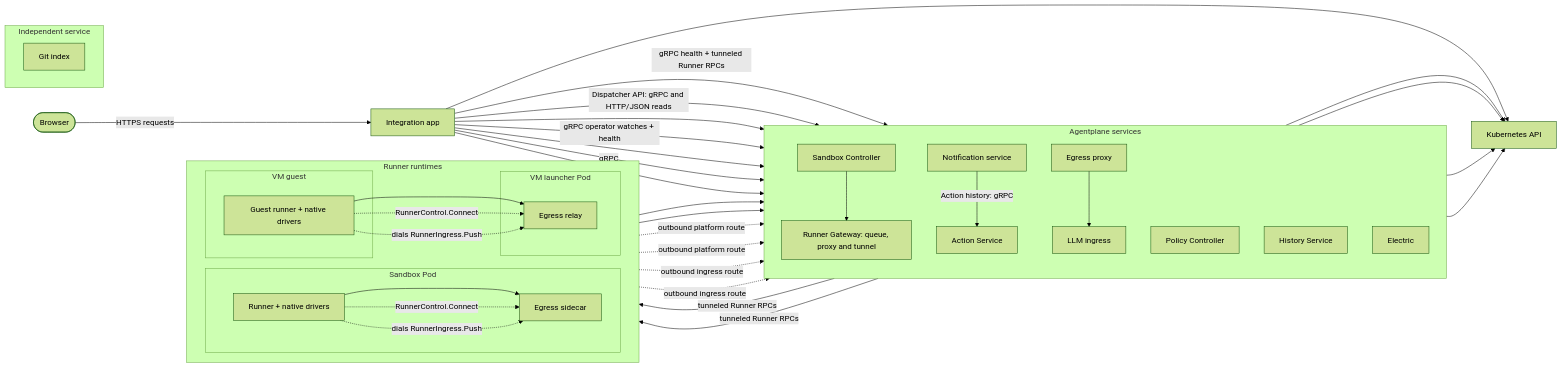
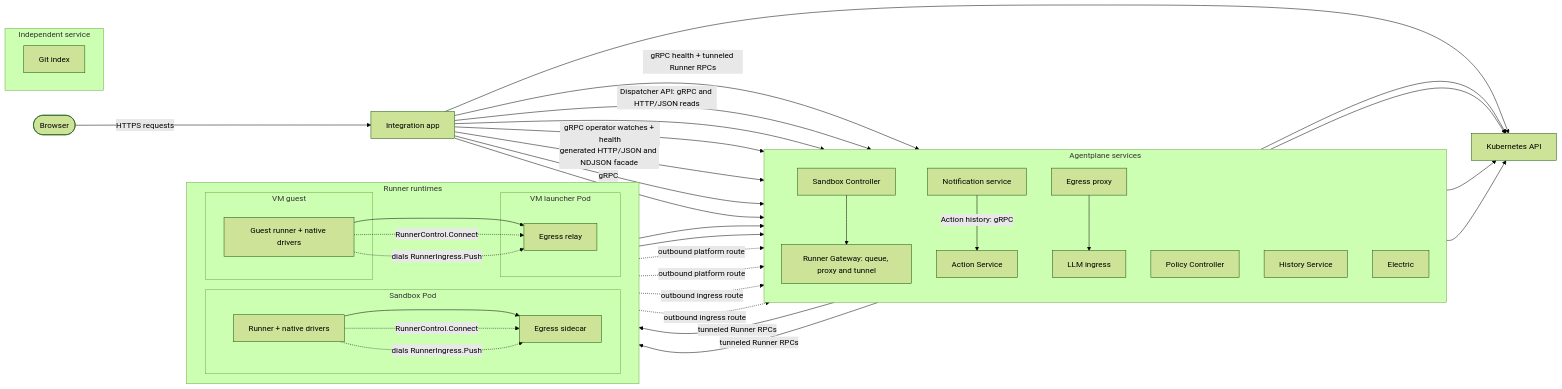
The diagram in agentplane/README.md (agentydragon-agent/ducktape), drawn with Mermaid (forest theme) before and after one commit. The commit also changed other lines of this file and 4 other files, not shown here.

````diff
--- a/agentplane/README.md
+++ b/agentplane/README.md
@@ -49,78 +49,78 @@
 ```mermaid
 flowchart LR
     browser([Browser])
     app[Integration app]
     subgraph services[Agentplane services]
         direction TB
         gw[Runner Gateway: queue, proxy and tunnel]
         sandboxctl[Sandbox Controller]
         policy[Policy Controller]
         hs[History Service]
         notif[Notification service]
         actions[Action Service]
         egress[Egress proxy]
         llm[LLM ingress]
         electric[Electric]
     end
     subgraph runtimes[Runner runtimes]
       direction LR
       subgraph sandbox[Sandbox Pod]
         runner[Runner + native drivers]
         sidecar[Egress sidecar]
       end
       subgraph vm_guest[VM guest]
         guest[Guest runner + native drivers]
       end
       subgraph vm_sandbox[VM launcher Pod]
         relay[Egress relay]
       end
     end
     k8s[Kubernetes API]
     subgraph independent[Independent service]
       direction LR
         index[Git index]
     end
 
     browser -->|HTTPS requests| app
     app -->|gRPC health + tunneled Runner RPCs| gw
     app -->|Dispatcher API: gRPC and HTTP/JSON reads| gw
     app --> hs
     app -->|gRPC operator watches + health| notif
-    app --> actions
+    app -->|generated HTTP/JSON and NDJSON facade| actions
     notif -->|Action history: gRPC| actions
     app -->|gRPC| egress
     app --> electric
     app --> k8s
 
     gw --> k8s
     notif --> k8s
     policy --> k8s
     sandboxctl --> k8s
     sandboxctl --> gw
     runner --> sidecar --> egress
     guest --> relay --> egress
     runner -.->|RunnerControl.Connect| sidecar
     sidecar -.->|outbound platform route| gw
     guest -.->|RunnerControl.Connect| relay
     relay -.->|outbound platform route| gw
     gw -->|tunneled Runner RPCs| runner
     gw -->|tunneled Runner RPCs| guest
     runner -.->|dials RunnerIngress.Push| sidecar
     sidecar -.->|outbound ingress route| hs
     guest -.->|dials RunnerIngress.Push| relay
     relay -.->|outbound ingress route| hs
 
     egress --> llm
 
     click app href "app/api.py" "Integration app API"
     click gw href "docs/runner_control.md" "Runner control stream and proxy"
     click hs href "history_service/history_service.proto" "History Service API"
     click notif href "notification_service/notifications.proto" "Notification Service API"
-    click actions href "action_service/api.py" "Action Service API"
+    click actions href "action_service/action_service.proto" "Action Service API"
     click policy href "policy_controller/controller.go" "Policy Controller"
     click sandboxctl href "sandbox_controller/controller.go" "Sandbox Controller"
     click egress href "egress/proxy/proxy.go" "Egress proxy"
     click llm href "llm_ingress/server.go" "LLM ingress"
     click electric href "../cluster/cdk8s/agentplane/electric.py" "Electric deployment"
     click index href "indexing/app.py" "Git index API"
 ```
````
